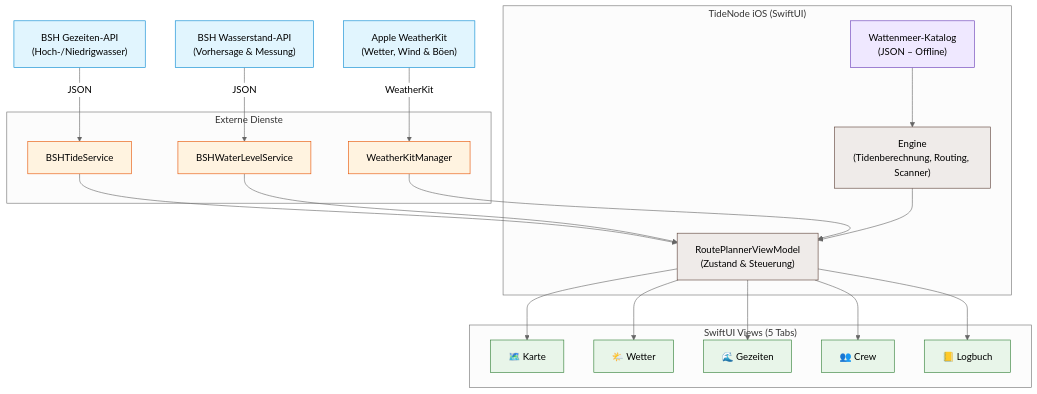
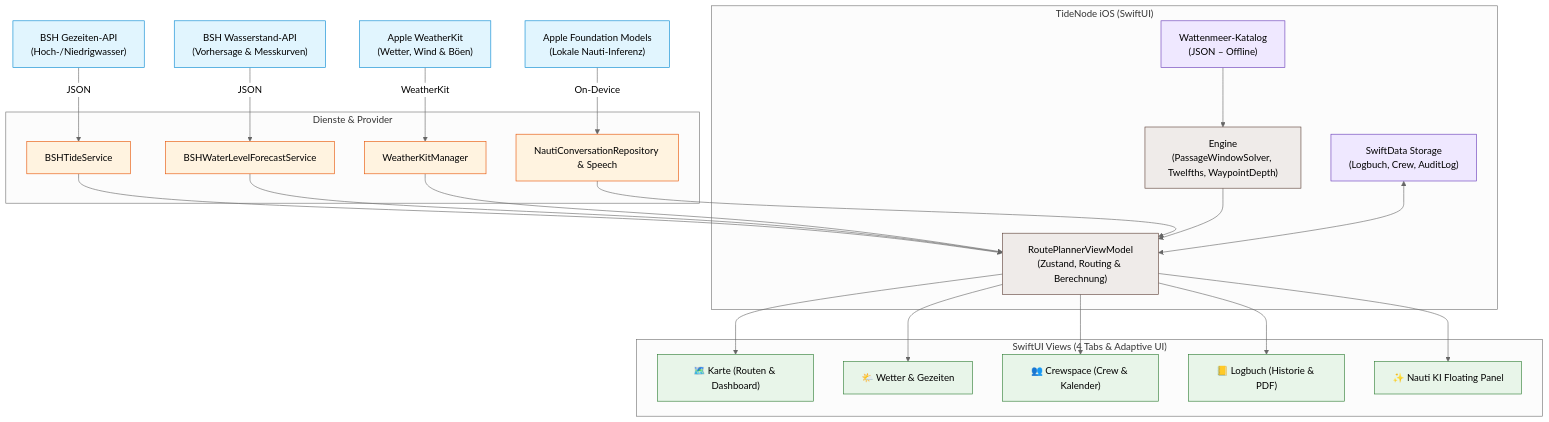
Before and after one commit to everybodydaniel/Toernberechnung-iOS: the first of 2 diagrams in README.md, drawn with Mermaid (neutral theme). The commit also changed other lines of this file and 7 other files, not shown here.

Commit message:
Update READMEs with latest 4-tab architecture, iPad support, and add fresh high-res app screenshots

````diff
--- a/README.md
+++ b/README.md
@@ -107,46 +107,52 @@
 ```mermaid
 graph TD
     BSH["BSH Gezeiten-API<br/>(Hoch-/Niedrigwasser)"]:::source
-    BSHWL["BSH Wasserstand-API<br/>(Vorhersage & Messung)"]:::source
+    BSHWL["BSH Wasserstand-API<br/>(Vorhersage & Messkurven)"]:::source
     APPLE["Apple WeatherKit<br/>(Wetter, Wind & Böen)"]:::source
+    LOCALAI["Apple Foundation Models<br/>(Lokale Nauti-Inferenz)"]:::source
 
     subgraph App ["TideNode iOS (SwiftUI)"]
-        VM["RoutePlannerViewModel<br/>(Zustand & Steuerung)"]:::core
-        ENGINE["Engine<br/>(Tidenberechnung, Routing, Scanner)"]:::core
+        VM["RoutePlannerViewModel<br/>(Zustand, Routing & Berechnung)"]:::core
+        ENGINE["Engine<br/>(PassageWindowSolver, Twelfths, WaypointDepth)"]:::core
         CATALOG["Wattenmeer-Katalog<br/>(JSON – Offline)"]:::storage
+        SWIFTDATA["SwiftData Storage<br/>(Logbuch, Crew, AuditLog)"]:::storage
     end
 
-    subgraph Services ["Externe Dienste"]
+    subgraph Services ["Dienste & Provider"]
         BSHS["BSHTideService"]:::service
-        BSHWLS["BSHWaterLevelService"]:::service
+        BSHWLS["BSHWaterLevelForecastService"]:::service
         WKS["WeatherKitManager"]:::service
+        NAUTIS["NautiConversationRepository & Speech"]:::service
     end
 
-    subgraph UI ["SwiftUI Views (5 Tabs)"]
-        MAP["🗺️ Karte"]:::client
-        WEATHER["🌤️ Wetter"]:::client
-        TIDES["🌊 Gezeiten"]:::client
-        CREW["👥 Crew"]:::client
-        LOG["📒 Logbuch"]:::client
+    subgraph UI ["SwiftUI Views (4 Tabs & Adaptive UI)"]
+        MAP["🗺️ Karte (Routen & Dashboard)"]:::client
+        WEATHER["🌤️ Wetter & Gezeiten"]:::client
+        CREW["👥 Crewspace (Crew & Kalender)"]:::client
+        LOG["📒 Logbuch (Historie & PDF)"]:::client
+        NAUTIUI["✨ Nauti KI Floating Panel"]:::client
     end
 
     BSH -->|JSON| BSHS
     BSHWL -->|JSON| BSHWLS
     APPLE -->|WeatherKit| WKS
+    LOCALAI -->|On-Device| NAUTIS
     BSHS --> VM
     BSHWLS --> VM
     WKS --> VM
+    NAUTIS --> VM
     CATALOG --> ENGINE
     ENGINE --> VM
+    SWIFTDATA <--> VM
     VM --> MAP
     VM --> WEATHER
-    VM --> TIDES
     VM --> CREW
     VM --> LOG
+    VM --> NAUTIUI
 
     classDef source fill:#e1f5fe,stroke:#0288d1,stroke-width:1px;
     classDef core fill:#efebe9,stroke:#5d4037,stroke-width:1px;
     classDef storage fill:#efe8ff,stroke:#673ab7,stroke-width:1px;
     classDef service fill:#fff3e0,stroke:#e65100,stroke-width:1px;
     classDef client fill:#e8f5e9,stroke:#2e7d32,stroke-width:1px;
 ```
````
